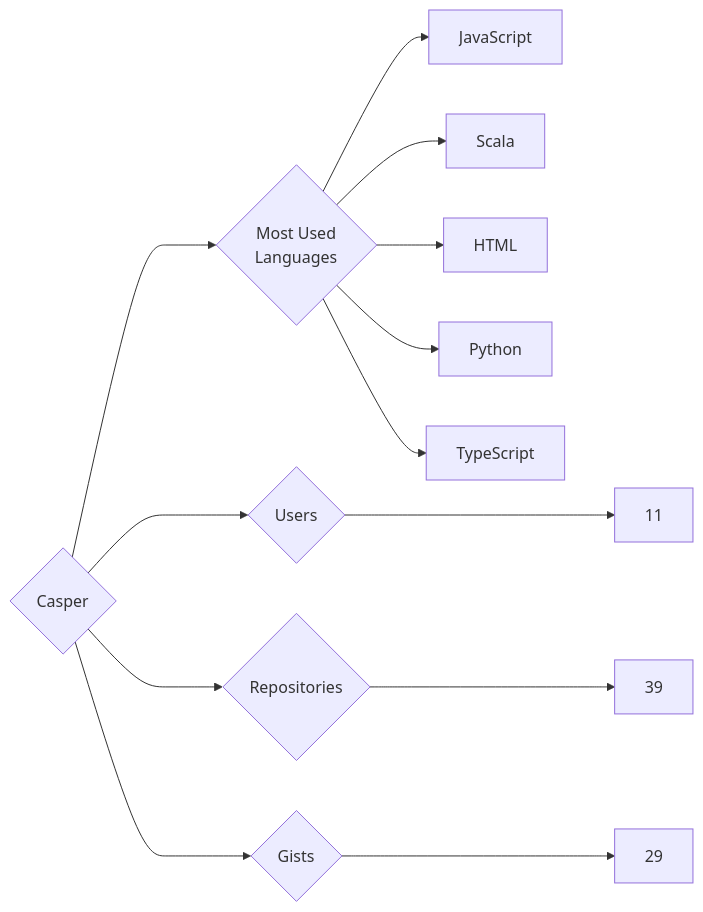
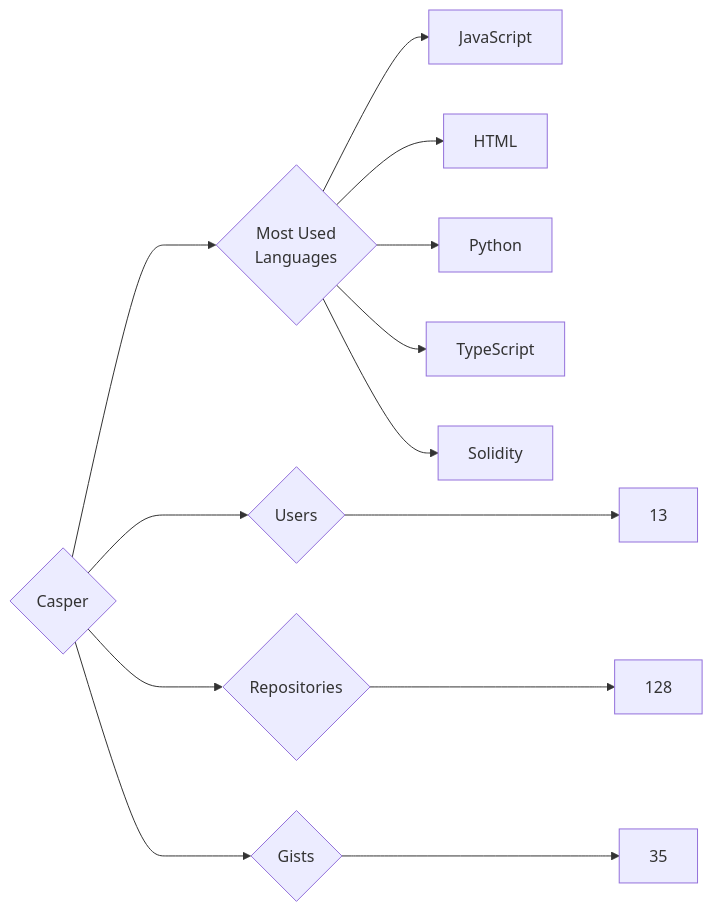
One commit to trickest/insiders changed the diagram in targets/Casper/README.md. Above: the diagram before and after it, drawn with Mermaid. The commit also changed 644 other files, not shown here.

````diff
--- a/targets/Casper/README.md
+++ b/targets/Casper/README.md
@@ -3,13 +3,13 @@
 ```mermaid
 graph LR
 COMPANY_NAME{Casper}
-COMPANY_NAME ---> U{Users} ---> UN[11]
-COMPANY_NAME ---> R{Repositories} ---> RN[39]
-COMPANY_NAME ---> G{Gists} ---> GN[29]
+COMPANY_NAME ---> U{Users} ---> UN[13]
+COMPANY_NAME ---> R{Repositories} ---> RN[128]
+COMPANY_NAME ---> G{Gists} ---> GN[35]
 COMPANY_NAME ---> ML{Most Used<br>Languages}
 ML --> JavaScript[JavaScript]
-ML --> Scala[Scala]
 ML --> HTML[HTML]
 ML --> Python[Python]
 ML --> TypeScript[TypeScript]
+ML --> Solidity[Solidity]
 ```
````
